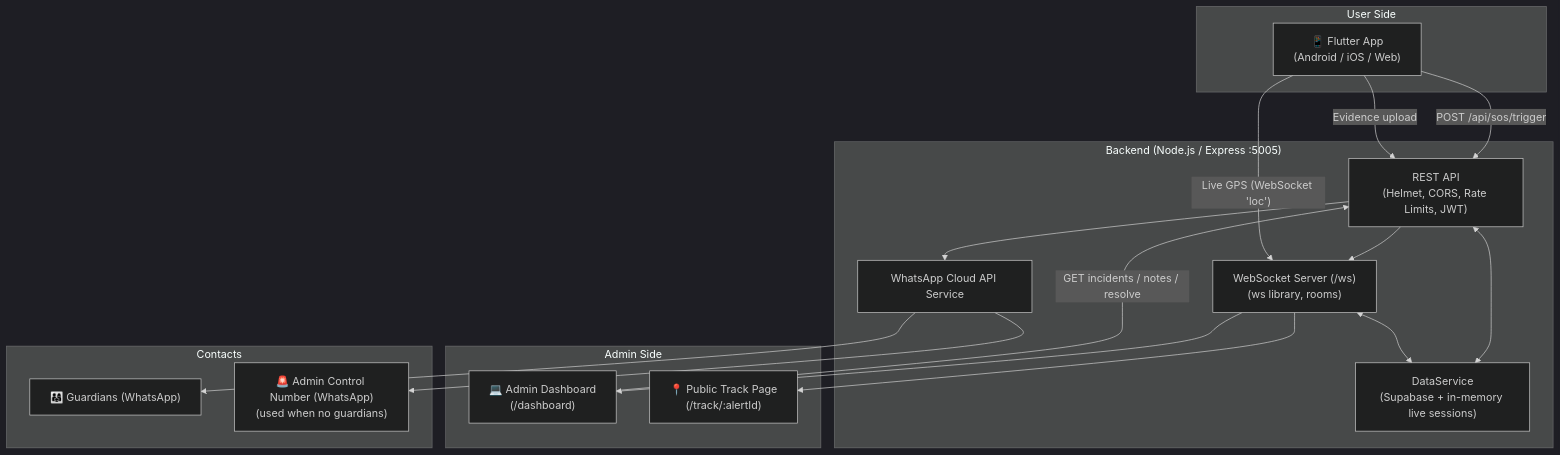
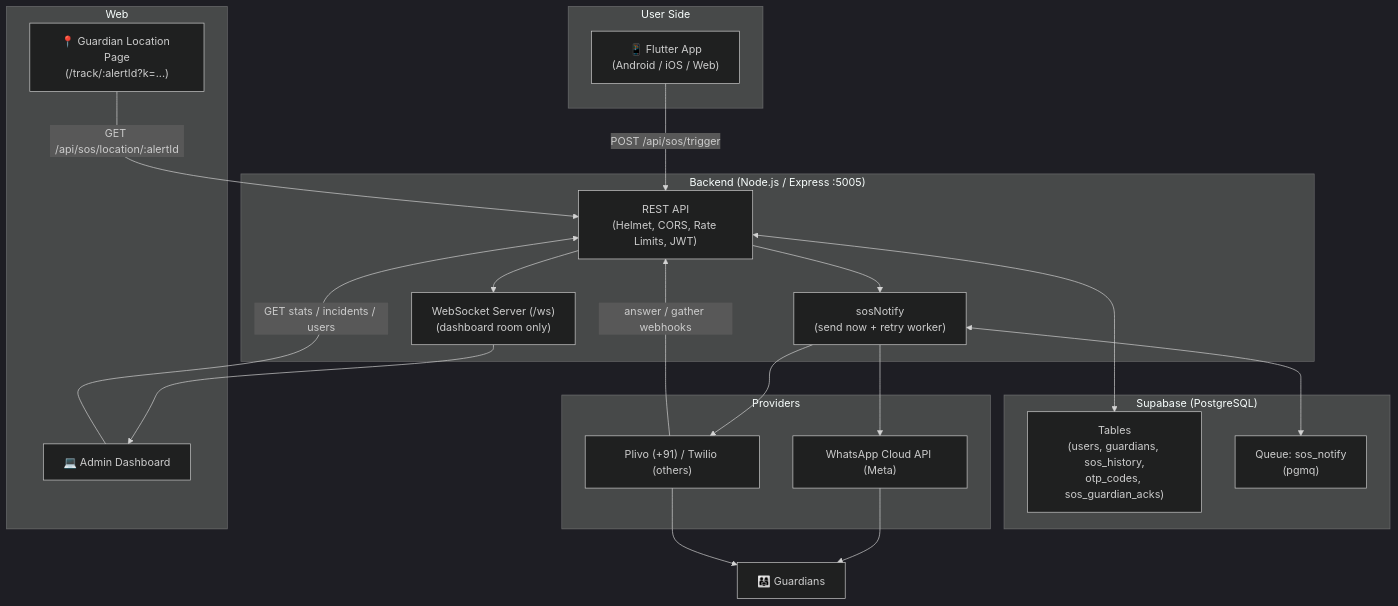
The first of 3 diagrams in docs/DEVI_SYSTEM_ARCHITECTURE.md (macvelsoftwaresolution/DEVI_APP), drawn with Mermaid (dark theme) before and after one commit. The commit also changed other lines of this file and 10 other files, not shown here.

````diff
--- a/docs/DEVI_SYSTEM_ARCHITECTURE.md
+++ b/docs/DEVI_SYSTEM_ARCHITECTURE.md
@@ -41,36 +48,43 @@
 ```mermaid
 flowchart TD
     subgraph UserSide ["User Side"]
         App["📱 Flutter App<br/>(Android / iOS / Web)"]
     end
 
     subgraph Backend ["Backend (Node.js / Express :5005)"]
         API["REST API<br/>(Helmet, CORS, Rate Limits, JWT)"]
-        WS["WebSocket Server (/ws)<br/>(ws library, rooms)"]
-        Data["DataService<br/>(Supabase + in-memory live sessions)"]
-        WA["WhatsApp Cloud API Service"]
-        API <--> Data
+        WS["WebSocket Server (/ws)<br/>(dashboard room only)"]
+        Notify["sosNotify<br/>(send now + retry worker)"]
         API --> WS
-        API --> WA
-        WS <--> Data
+        API --> Notify
     end
 
-    subgraph AdminSide ["Admin Side"]
-        Dash["💻 Admin Dashboard<br/>(/dashboard)"]
-        Track["📍 Public Track Page<br/>(/track/:alertId)"]
+    subgraph Supabase ["Supabase (PostgreSQL)"]
+        DB["Tables<br/>(users, guardians, sos_history,<br/>otp_codes, sos_guardian_acks)"]
+        Queue["Queue: sos_notify<br/>(pgmq)"]
     end
 
-    subgraph Contacts ["Contacts"]
-        Guardians["👨‍👩‍👧 Guardians (WhatsApp)"]
-        AdminWA["🚨 Admin Control Number (WhatsApp)<br/>(used when no guardians)"]
+    subgraph Providers ["Providers"]
+        Meta["WhatsApp Cloud API (Meta)"]
+        Calls["Plivo (+91) / Twilio (others)"]
     end
 
+    subgraph Web ["Web"]
+        Dash["💻 Admin Dashboard"]
+        Track["📍 Guardian Location Page<br/>(/track/:alertId?k=...)"]
+    end
+
+    Guardians["👨‍👩‍👧 Guardians"]
+
     App -->|"POST /api/sos/trigger"| API
-    App -->|"Live GPS (WebSocket 'loc')"| WS
-    App -->|"Evidence upload"| API
+    API <--> DB
+    Notify <--> Queue
+    Notify --> Meta
+    Notify --> Calls
+    Meta --> Guardians
+    Calls --> Guardians
+    Calls -->|"answer / gather webhooks"| API
     WS --> Dash
-    WS --> Track
-    Dash -->|"GET incidents / notes / resolve"| API
-    WA --> Guardians
-    WA --> AdminWA
+    Dash -->|"GET stats / incidents / users"| API
+    Track -->|"GET /api/sos/location/:alertId"| API
 ```
````
